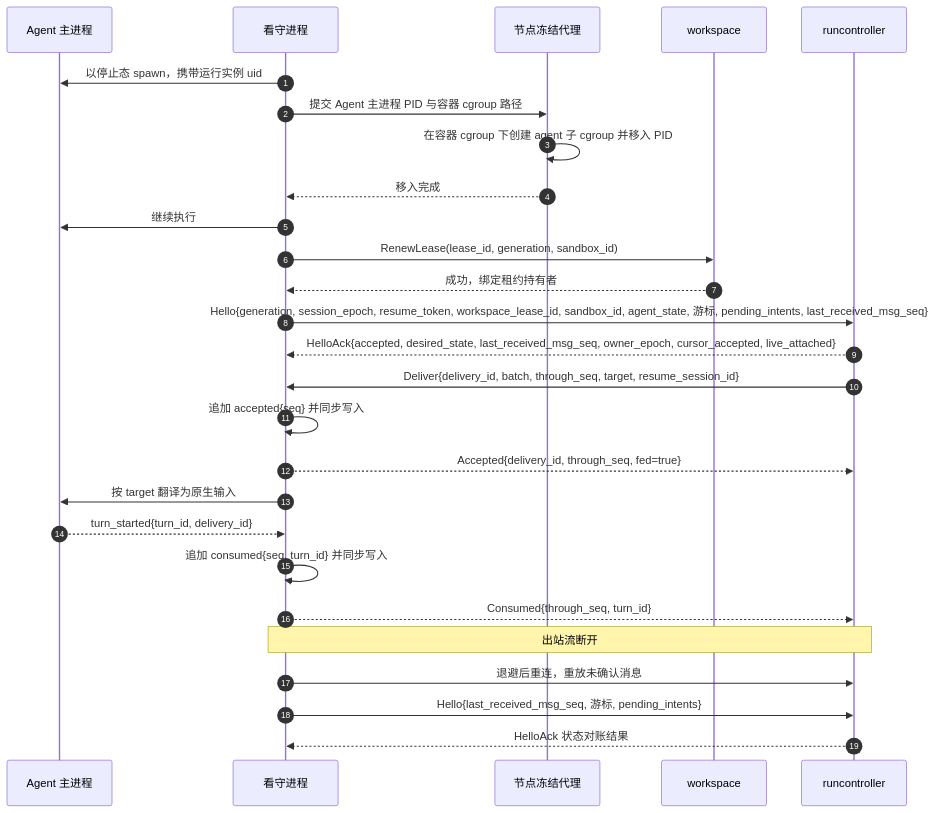
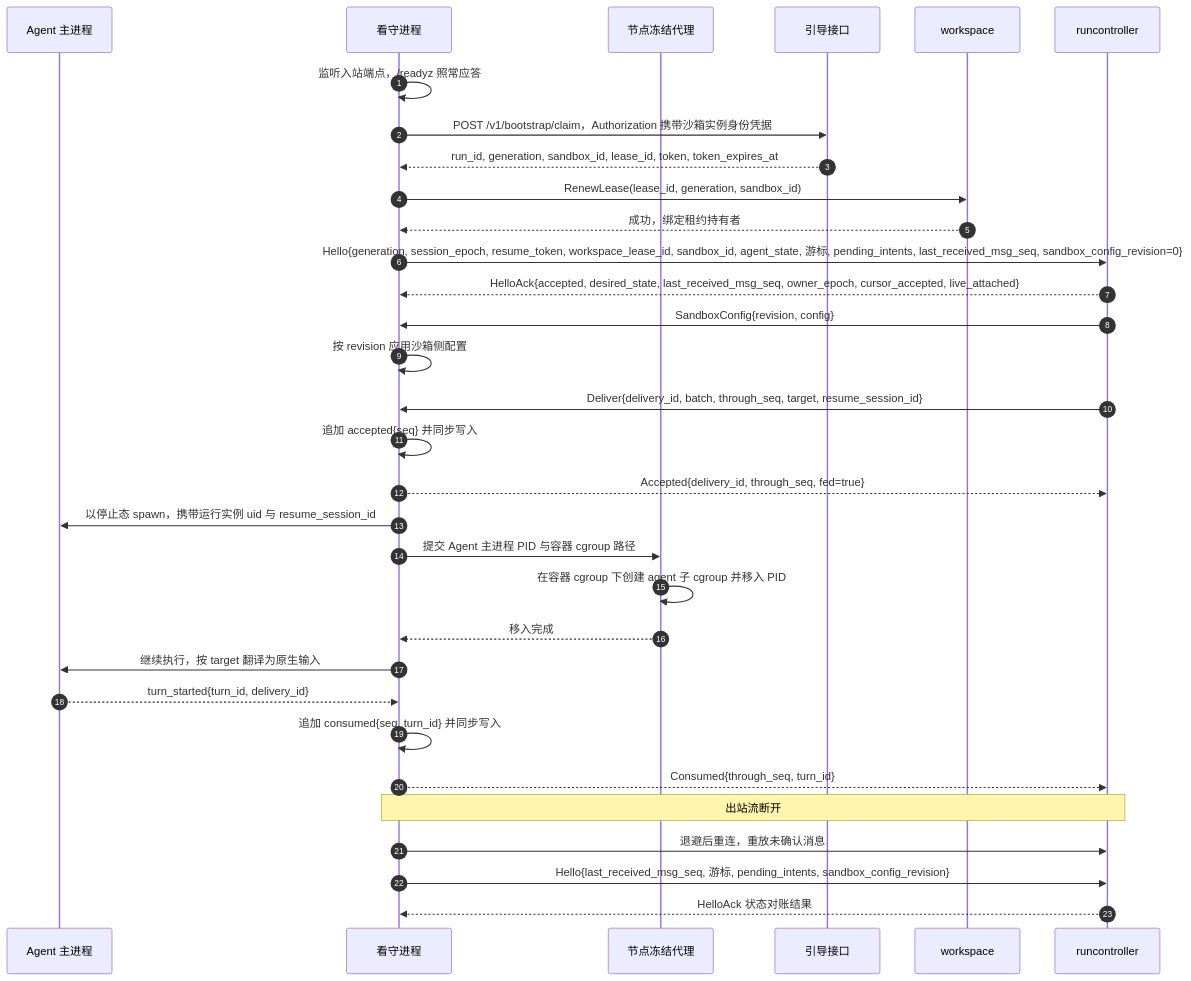
One commit to wangzw/castworks changed the second of 3 diagrams in docs/design/modules/warden/design-warden.md. Above: the diagram before and after it, drawn with Mermaid. The commit also changed other lines of this file and 37 other files, not shown here.

````diff
--- a/docs/design/modules/warden/design-warden.md
+++ b/docs/design/modules/warden/design-warden.md
@@ -206,29 +221,34 @@
 ```mermaid
 sequenceDiagram
     autonumber
     participant A as Agent 主进程
     participant W as 看守进程
     participant N as 节点冻结代理
+    participant B as 引导接口
     participant S as workspace
     participant R as runcontroller
-    W->>A: 以停止态 spawn，携带运行实例 uid
+    W->>W: 监听入站端点，/readyz 照常应答
+    W->>B: POST /v1/bootstrap/claim，Authorization 携带沙箱实例身份凭据
+    B-->>W: run_id, generation, sandbox_id, lease_id, token, token_expires_at
+    W->>S: RenewLease(lease_id, generation, sandbox_id)
+    S-->>W: 成功，绑定租约持有者
+    W->>R: Hello{generation, session_epoch, resume_token, workspace_lease_id, sandbox_id, agent_state, 游标, pending_intents, last_received_msg_seq, sandbox_config_revision=0}
+    R-->>W: HelloAck{accepted, desired_state, last_received_msg_seq, owner_epoch, cursor_accepted, live_attached}
+    R->>W: SandboxConfig{revision, config}
+    W->>W: 按 revision 应用沙箱侧配置
+    R->>W: Deliver{delivery_id, batch, through_seq, target, resume_session_id}
+    W->>W: 追加 accepted{seq} 并同步写入
+    W-->>R: Accepted{delivery_id, through_seq, fed=true}
+    W->>A: 以停止态 spawn，携带运行实例 uid 与 resume_session_id
     W->>N: 提交 Agent 主进程 PID 与容器 cgroup 路径
     N->>N: 在容器 cgroup 下创建 agent 子 cgroup 并移入 PID
     N-->>W: 移入完成
-    W->>A: 继续执行
-    W->>S: RenewLease(lease_id, generation, sandbox_id)
-    S-->>W: 成功，绑定租约持有者
-    W->>R: Hello{generation, session_epoch, resume_token, workspace_lease_id, sandbox_id, agent_state, 游标, pending_intents, last_received_msg_seq}
-    R-->>W: HelloAck{accepted, desired_state, last_received_msg_seq, owner_epoch, cursor_accepted, live_attached}
-    R->>W: Deliver{delivery_id, batch, through_seq, target, resume_session_id}
-    W->>W: 追加 accepted{seq} 并同步写入
-    W-->>R: Accepted{delivery_id, through_seq, fed=true}
-    W->>A: 按 target 翻译为原生输入
+    W->>A: 继续执行，按 target 翻译为原生输入
     A-->>W: turn_started{turn_id, delivery_id}
     W->>W: 追加 consumed{seq, turn_id} 并同步写入
     W-->>R: Consumed{through_seq, turn_id}
     Note over W,R: 出站流断开
     W->>R: 退避后重连，重放未确认消息
-    W->>R: Hello{last_received_msg_seq, 游标, pending_intents}
+    W->>R: Hello{last_received_msg_seq, 游标, pending_intents, sandbox_config_revision}
     R-->>W: HelloAck 状态对账结果
 ```
````
